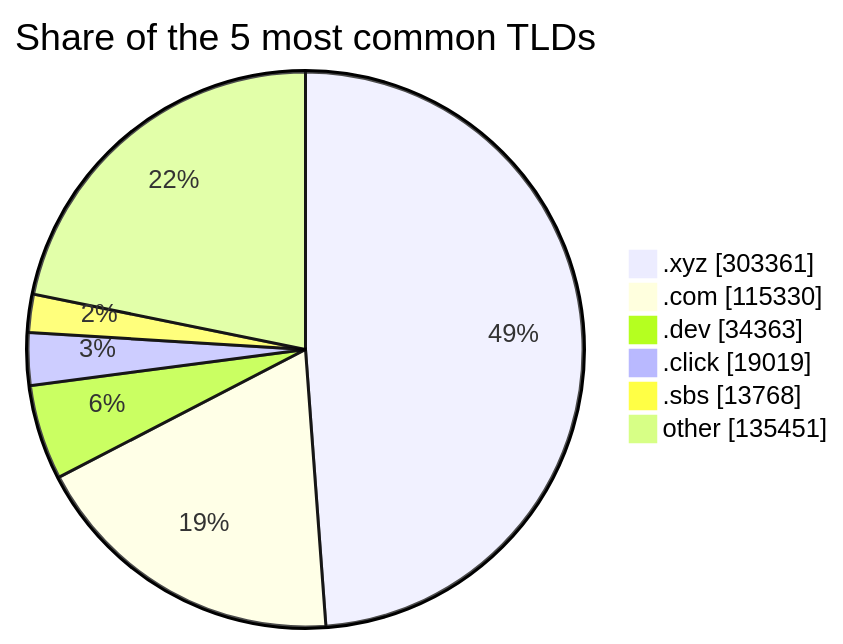
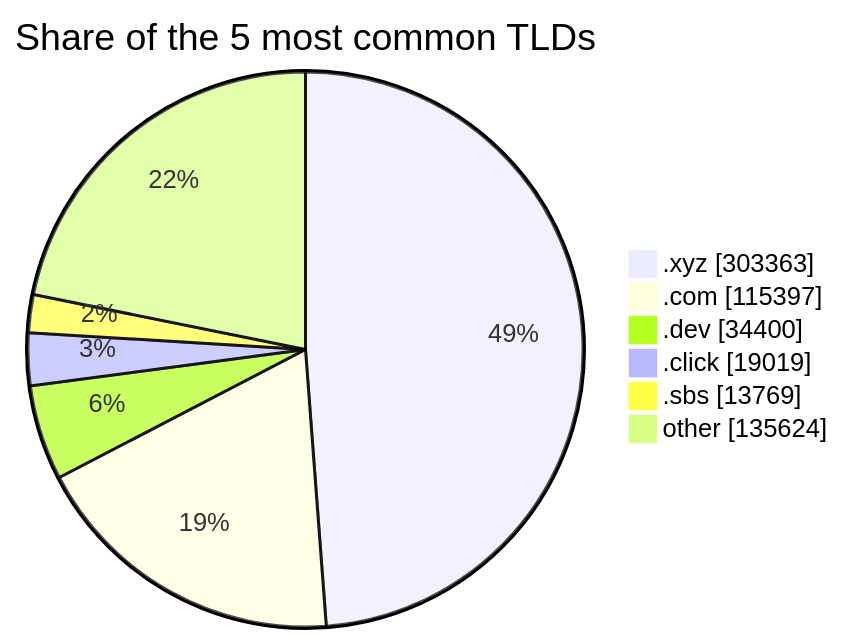
The third of 3 diagrams in README.md (DNSBunker/CTI), drawn with Mermaid before and after one commit. The commit also changed other lines of this file and 3 other files, not shown here.

````diff
--- a/README.md
+++ b/README.md
@@ -81,9 +81,9 @@
 ```mermaid
 pie showData title Share of the 5 most common TLDs
-    ".xyz" : 303361
-    ".com" : 115330
-    ".dev" : 34363
+    ".xyz" : 303363
+    ".com" : 115397
+    ".dev" : 34400
     ".click" : 19019
-    ".sbs" : 13768
-    "other" : 135451
+    ".sbs" : 13769
+    "other" : 135624
 ```
````
